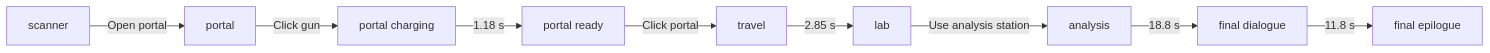
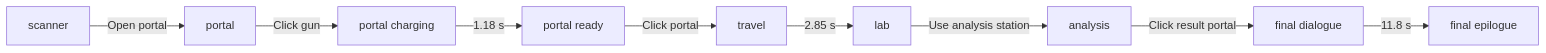
Before and after one commit to marchinmrochik/happybirsday: the diagram in docs/ARCHITECTURE.md, drawn with Mermaid. The commit also changed other lines of this file and 10 other files, not shown here.

````diff
--- a/docs/ARCHITECTURE.md
+++ b/docs/ARCHITECTURE.md
@@ -7,11 +7,11 @@
 ```mermaid
 flowchart LR
   scanner["scanner"] -->|Open portal| portal["portal"]
   portal -->|Click gun| charging["portal charging"]
   charging -->|1.18 s| ready["portal ready"]
   ready -->|Click portal| travel["travel"]
   travel -->|2.85 s| lab["lab"]
   lab -->|Use analysis station| analysis["analysis"]
-  analysis -->|18.8 s| finalDialog["final dialogue"]
+  analysis -->|Click result portal| finalDialog["final dialogue"]
   finalDialog -->|11.8 s| epilogue["final epilogue"]
 ```
````
